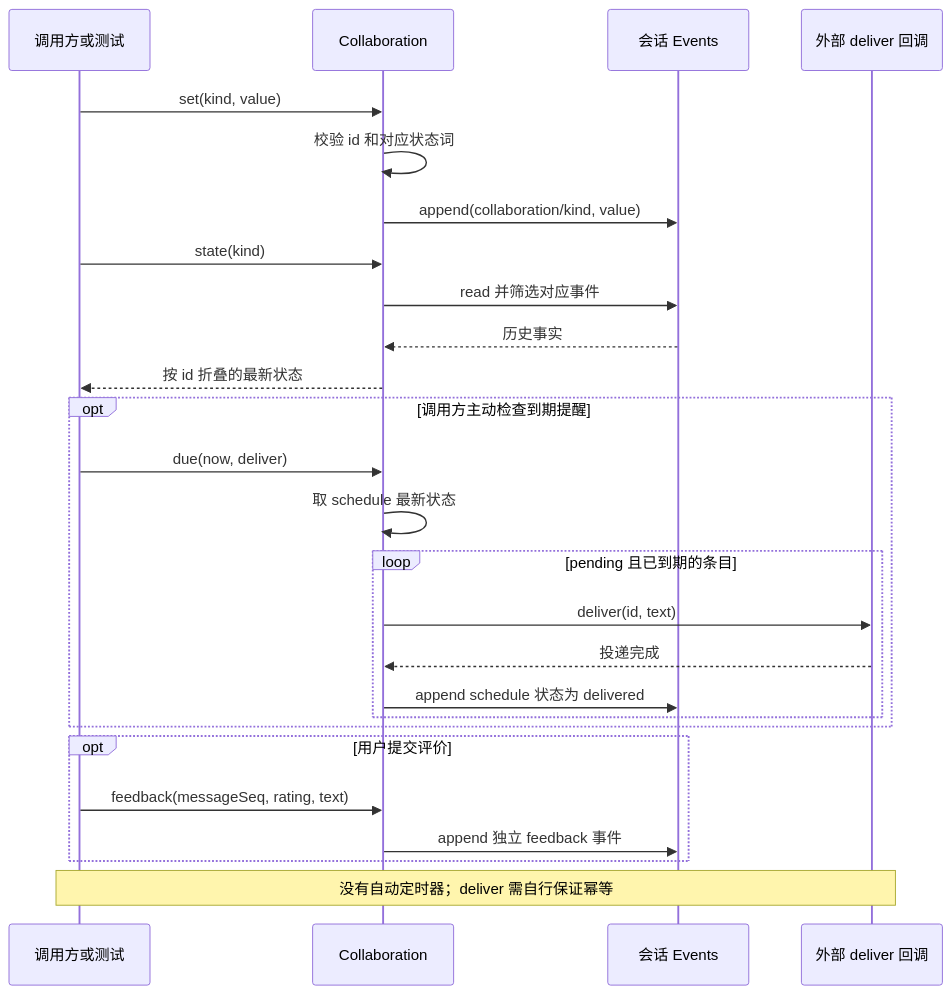
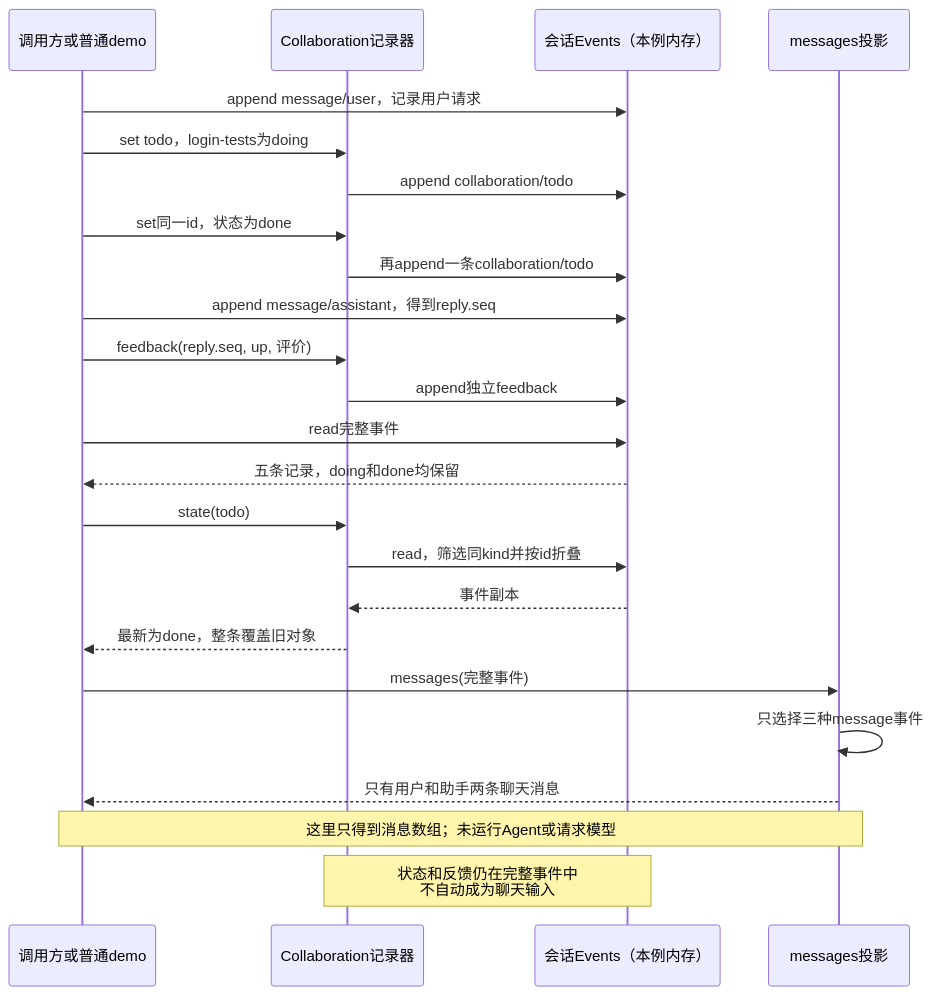
One commit to dddddd889/deepseek-harness-demo changed the diagram in tutorial/linear/lessons/039.md. Above: the diagram before and after it, drawn with Mermaid. The commit also changed other lines of this file and 21 other files, not shown here.

````diff
--- a/tutorial/linear/lessons/039.md
+++ b/tutorial/linear/lessons/039.md
@@ -19,28 +19,26 @@
 ```mermaid
 sequenceDiagram
-    participant C as 调用方或测试
-    participant A as Collaboration
-    participant E as 会话 Events
-    participant D as 外部 deliver 回调
-    C->>A: set(kind, value)
-    A->>A: 校验 id 和对应状态词
-    A->>E: append(collaboration/kind, value)
-    C->>A: state(kind)
-    A->>E: read 并筛选对应事件
-    E-->>A: 历史事实
-    A-->>C: 按 id 折叠的最新状态
-    opt 调用方主动检查到期提醒
-        C->>A: due(now, deliver)
-        A->>A: 取 schedule 最新状态
-        loop pending 且已到期的条目
-            A->>D: deliver(id, text)
-            D-->>A: 投递完成
-            A->>E: append schedule 状态为 delivered
-        end
-    end
-    opt 用户提交评价
-        C->>A: feedback(messageSeq, rating, text)
-        A->>E: append 独立 feedback 事件
-    end
-    Note over C,D: 没有自动定时器；deliver 需自行保证幂等
+    participant C as 调用方或普通demo
+    participant R as Collaboration记录器
+    participant E as 会话Events（本例内存）
+    participant P as messages投影
+    C->>E: append message/user，记录用户请求
+    C->>R: set todo，login-tests为doing
+    R->>E: append collaboration/todo
+    C->>R: set同一id，状态为done
+    R->>E: 再append一条collaboration/todo
+    C->>E: append message/assistant，得到reply.seq
+    C->>R: feedback(reply.seq, up, 评价)
+    R->>E: append独立feedback
+    C->>E: read完整事件
+    E-->>C: 五条记录，doing和done均保留
+    C->>R: state(todo)
+    R->>E: read，筛选同kind并按id折叠
+    E-->>R: 事件副本
+    R-->>C: 最新为done，整条覆盖旧对象
+    C->>P: messages(完整事件)
+    P->>P: 只选择三种message事件
+    P-->>C: 只有用户和助手两条聊天消息
+    Note over C,P: 这里只得到消息数组；未运行Agent或请求模型
+    Note over R,E: 状态和反馈仍在完整事件中<br/>不自动成为聊天输入
 ```
````
